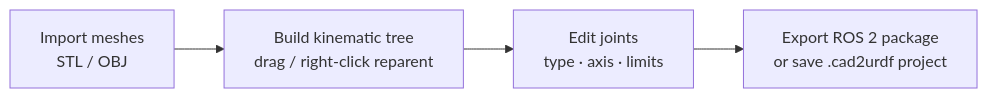
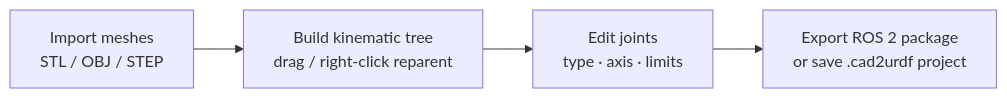
Before and after one commit to boelnasr/CAD_TO_URDF: the second of 10 diagrams in README.md, drawn with Mermaid. The commit also changed other lines of this file and 2 other files, not shown here.

First line of the commit message:
build(step): add [step] extra (cadquery-ocp) + document STEP import

````diff
--- a/README.md
+++ b/README.md
@@ -197,6 +208,6 @@
 ```mermaid
 flowchart LR
-    IMP[Import meshes<br/>STL / OBJ] --> TREE[Build kinematic tree<br/>drag / right-click reparent]
+    IMP[Import meshes<br/>STL / OBJ / STEP] --> TREE[Build kinematic tree<br/>drag / right-click reparent]
     TREE --> JOINT[Edit joints<br/>type · axis · limits]
     JOINT --> EXP[Export ROS 2 package<br/>or save .cad2urdf project]
 ```
````
